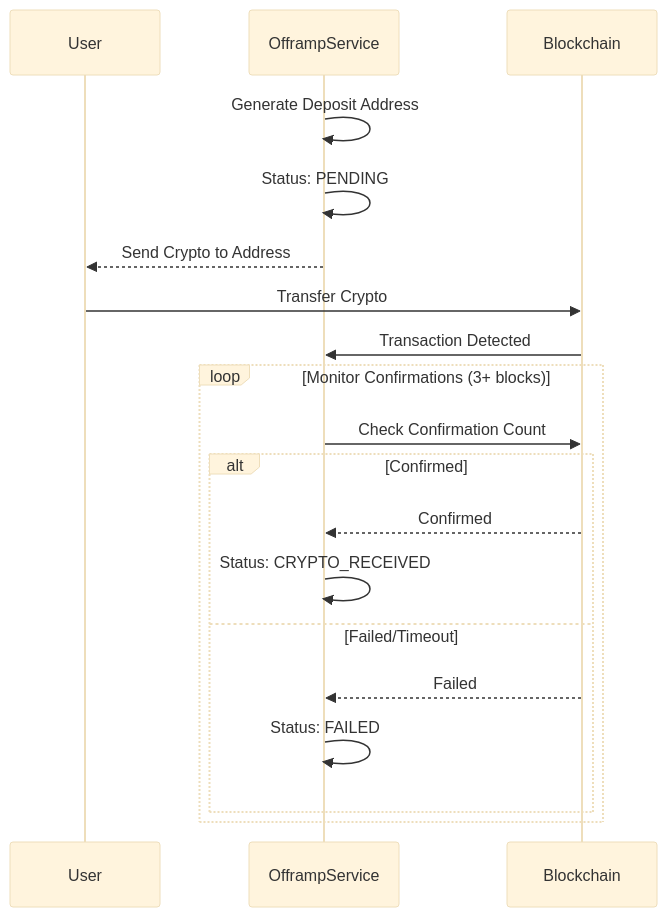
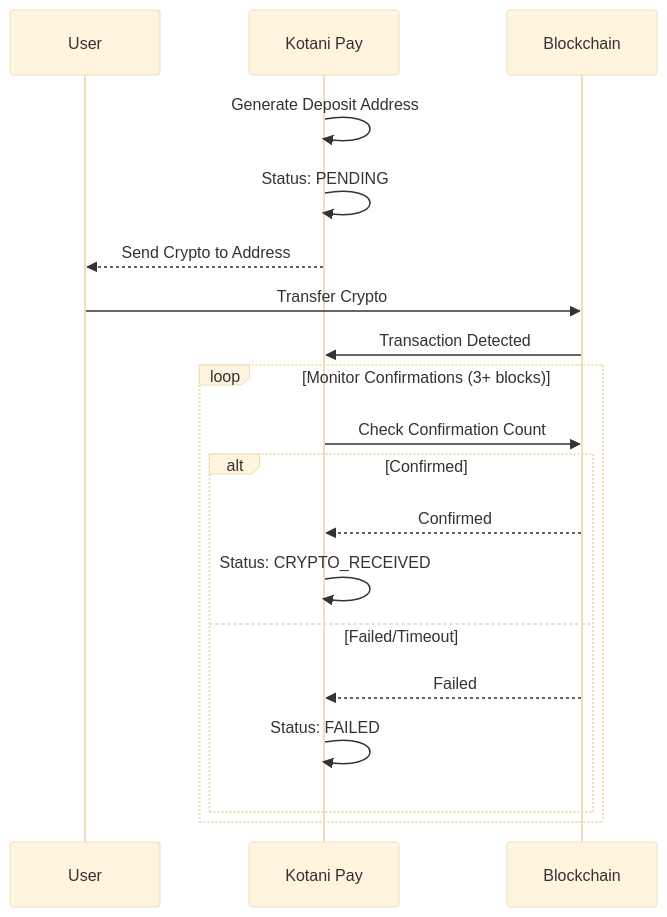
Before and after one commit to john-muinde/docs: the second of 7 diagrams in v3/flows/offramp-flow.mdx, drawn with Mermaid (base theme). The commit also changed other lines of this file and 5 other files, not shown here.

````diff
--- a/v3/flows/offramp-flow.mdx
+++ b/v3/flows/offramp-flow.mdx
@@ -51,24 +45,24 @@
 ```mermaid
 sequenceDiagram
     participant User
-    participant OfframpService
+    participant Kotani Pay
     participant Blockchain
 
-    OfframpService->>OfframpService: Generate Deposit Address
-    OfframpService->>OfframpService: Status: PENDING
-    OfframpService-->>User: Send Crypto to Address
+    Kotani Pay->>Kotani Pay: Generate Deposit Address
+    Kotani Pay->>Kotani Pay: Status: PENDING
+    Kotani Pay-->>User: Send Crypto to Address
 
     User->>Blockchain: Transfer Crypto
-    Blockchain->>OfframpService: Transaction Detected
+    Blockchain->>Kotani Pay: Transaction Detected
 
     loop Monitor Confirmations (3+ blocks)
-        OfframpService->>Blockchain: Check Confirmation Count
+        Kotani Pay->>Blockchain: Check Confirmation Count
         alt Confirmed
-            Blockchain-->>OfframpService: Confirmed
-            OfframpService->>OfframpService: Status: CRYPTO_RECEIVED
+            Blockchain-->>Kotani Pay: Confirmed
+            Kotani Pay->>Kotani Pay: Status: CRYPTO_RECEIVED
         else Failed/Timeout
-            Blockchain-->>OfframpService: Failed
-            OfframpService->>OfframpService: Status: FAILED
+            Blockchain-->>Kotani Pay: Failed
+            Kotani Pay->>Kotani Pay: Status: FAILED
         end
     end
 ```
````
